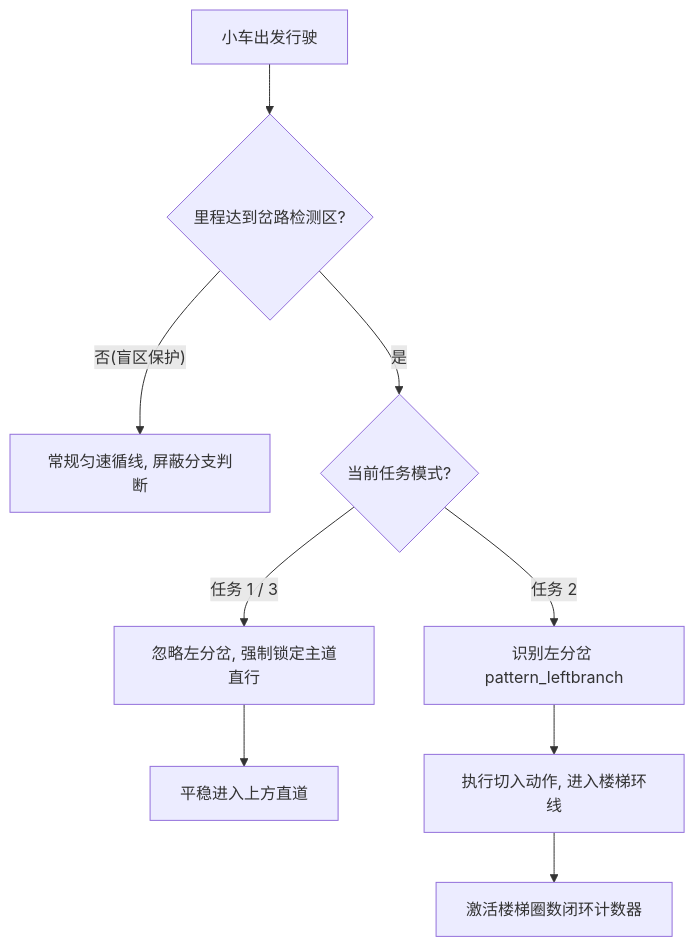
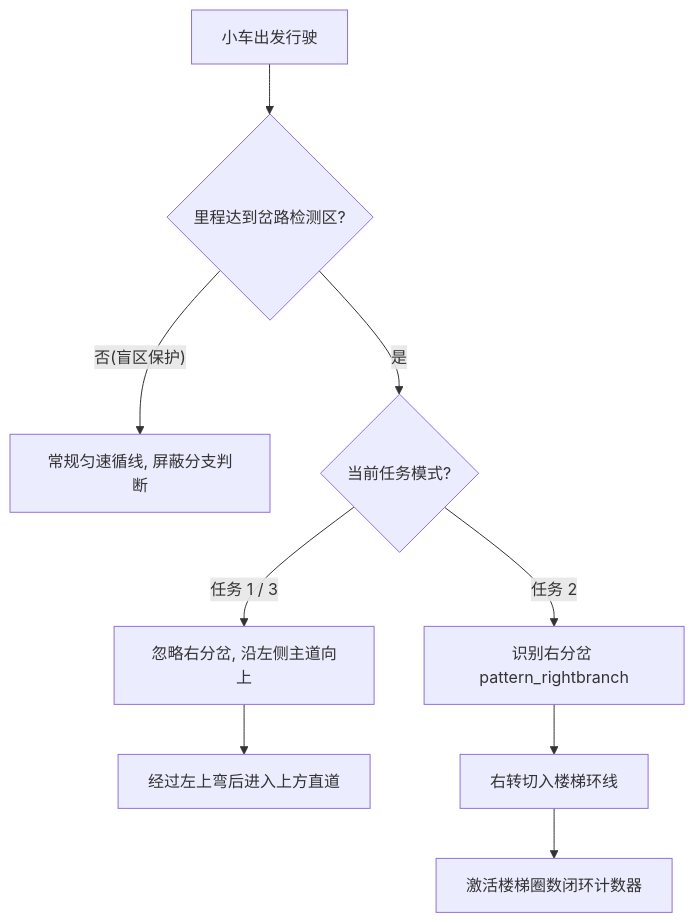
The second of 4 diagrams in docs/04_STATE_MACHINES.md (zuoweimenfeidudu20-hub/G3507-Car), drawn with Mermaid before and after one commit. The commit also changed other lines of this file and 17 other files, not shown here.

````diff
--- a/docs/04_STATE_MACHINES.md
+++ b/docs/04_STATE_MACHINES.md
@@ -119,11 +129,11 @@
 ```mermaid
 flowchart TD
     A[小车出发行驶] --> B{里程达到岔路检测区?}
     B -- 否(盲区保护) --> C[常规匀速循线, 屏蔽分支判断]
     B -- 是 --> D{当前任务模式?}
-    D -- 任务 1 / 3 --> E[忽略左分岔, 强制锁定主道直行]
-    E --> F[平稳进入上方直道]
-    D -- 任务 2 --> G[识别左分岔 pattern_leftbranch]
-    G --> H[执行切入动作, 进入楼梯环线]
+    D -- 任务 1 / 3 --> E[忽略右分岔, 沿左侧主道向上]
+    E --> F[经过左上弯后进入上方直道]
+    D -- 任务 2 --> G[识别右分岔 pattern_rightbranch]
+    G --> H[右转切入楼梯环线]
     H --> I[激活楼梯圈数闭环计数器]
 ```
````
